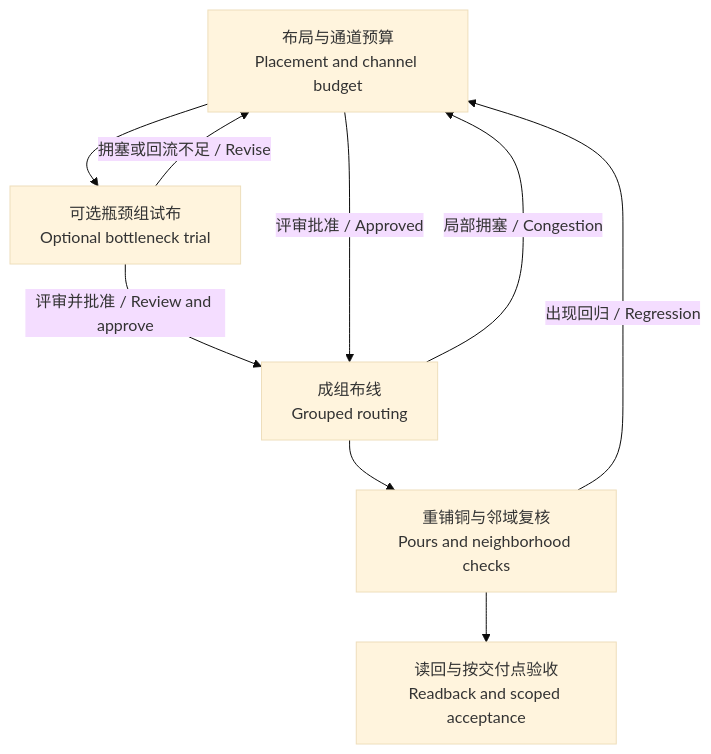
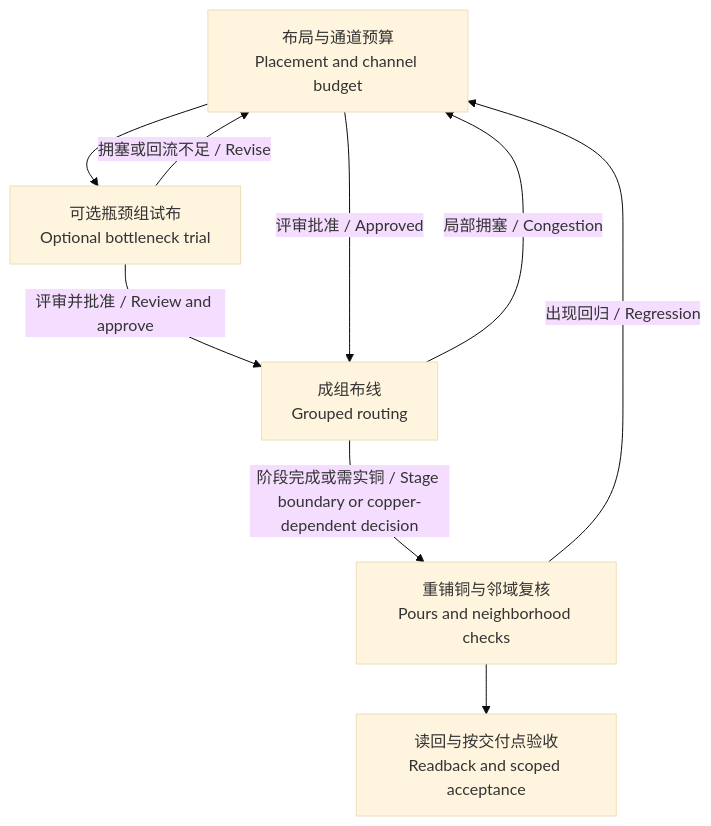
The diagram in README.md (sanityARO/pcb-pr-skill), drawn with Mermaid (base theme) before and after one commit. The commit also changed other lines of this file and 3 other files, not shown here.

````diff
--- a/README.md
+++ b/README.md
@@ -53,11 +53,11 @@
 ```mermaid
 flowchart TD
     A["布局与通道预算<br/>Placement and channel budget"] --> B["可选瓶颈组试布<br/>Optional bottleneck trial"]
     B -- "拥塞或回流不足 / Revise" --> A
     B -- "评审并批准 / Review and approve" --> C["成组布线<br/>Grouped routing"]
     A -- "评审批准 / Approved" --> C
     C -- "局部拥塞 / Congestion" --> A
-    C --> D["重铺铜与邻域复核<br/>Pours and neighborhood checks"]
+    C -- "阶段完成或需实铜 / Stage boundary or copper-dependent decision" --> D["重铺铜与邻域复核<br/>Pours and neighborhood checks"]
     D -- "出现回归 / Regression" --> A
     D --> E["读回与按交付点验收<br/>Readback and scoped acceptance"]
 ```
````
